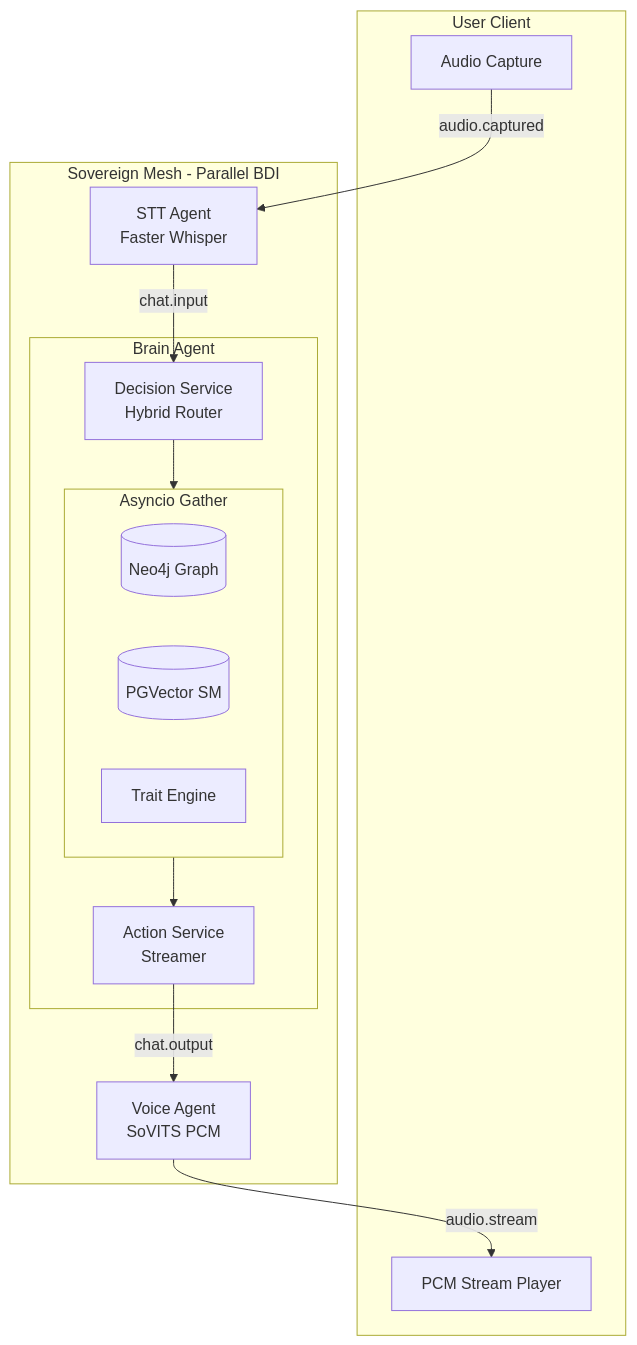
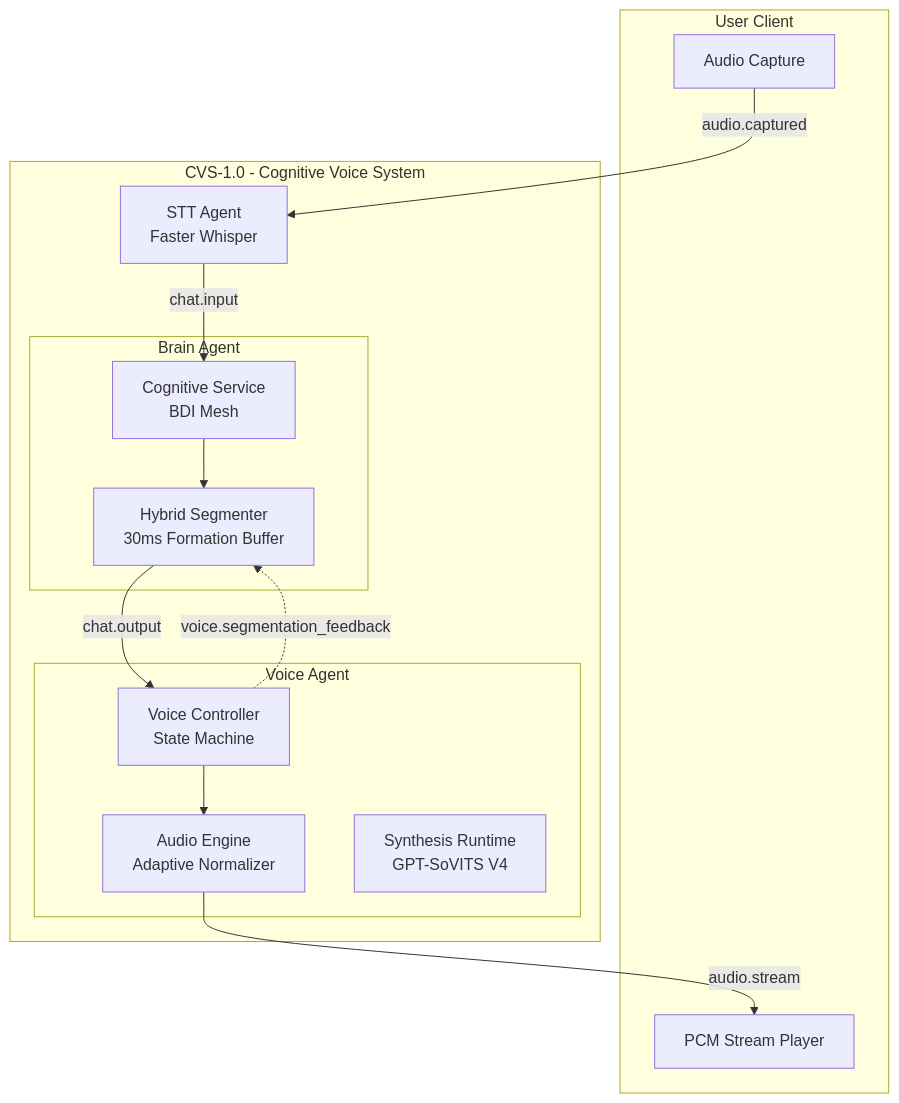
The diagram in docs/ARCHITECTURE.md (Aniket-a14/AI_friend), drawn with Mermaid before and after one commit. The commit also changed other lines of this file and 16 other files, not shown here.

Commit message:
feat: implement CVS-1.0 architecture with new voice and brain agents, supporting infrastructure, and comprehensive documentation.

````diff
--- a/docs/ARCHITECTURE.md
+++ b/docs/ARCHITECTURE.md
@@ -66,30 +56,31 @@
 ```mermaid
 graph TB
     subgraph Client ["User Client"]
         MIC["Audio Capture"]
         PCM_PLAYER["PCM Stream Player"]
     end
 
-    subgraph Parallel_Mesh ["Sovereign Mesh - Parallel BDI"]
+    subgraph CVS_Mesh ["CVS-1.0 - Cognitive Voice System"]
         STT["STT Agent<br/>Faster Whisper"]
-        VOICE["Voice Agent<br/>SoVITS PCM"]
         
         subgraph Brain_Core ["Brain Agent"]
-            DECISION["Decision Service<br/>Hybrid Router"]
-            ACTION["Action Service<br/>Streamer"]
-            
-            subgraph Parallel_Hydration ["Asyncio Gather"]
-                NEO4J[("Neo4j Graph")]
-                PG[("PGVector SM")]
-                STATE["Trait Engine"]
-            end
+            HYBRID_SEGMENTER["Hybrid Segmenter<br/>30ms Formation Buffer"]
+            DECISION["Cognitive Service<br/>BDI Mesh"]
+        end
+
+        subgraph Voice_Core ["Voice Agent"]
+            VOICE_CONTROLLER["Voice Controller<br/>State Machine"]
+            AUDIO_ENGINE["Audio Engine<br/>Adaptive Normalizer"]
+            SYTHESIZER["Synthesis Runtime<br/>GPT-SoVITS V4"]
         end
     end
 
     MIC -->|audio.captured| STT
     STT -->|chat.input| DECISION
-    DECISION --> Parallel_Hydration
-    Parallel_Hydration --> ACTION
-    ACTION -->|chat.output| VOICE
-    VOICE -->|audio.stream| PCM_PLAYER
+    DECISION --> HYBRID_SEGMENTER
+    HYBRID_SEGMENTER -->|chat.output| VOICE_CONTROLLER
+    VOICE_CONTROLLER --> AUDIO_ENGINE
+    AUDIO_ENGINE -->|audio.stream| PCM_PLAYER
+    
+    VOICE_CONTROLLER -.->|voice.segmentation_feedback| HYBRID_SEGMENTER
 ```
````
